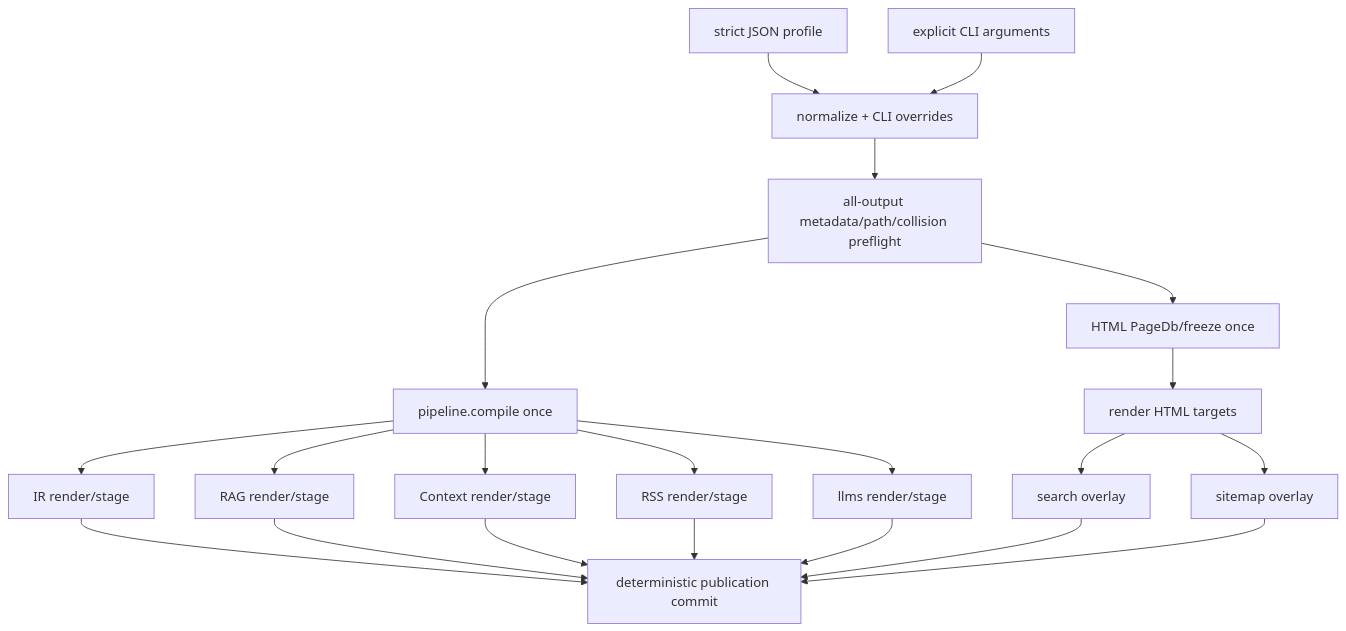
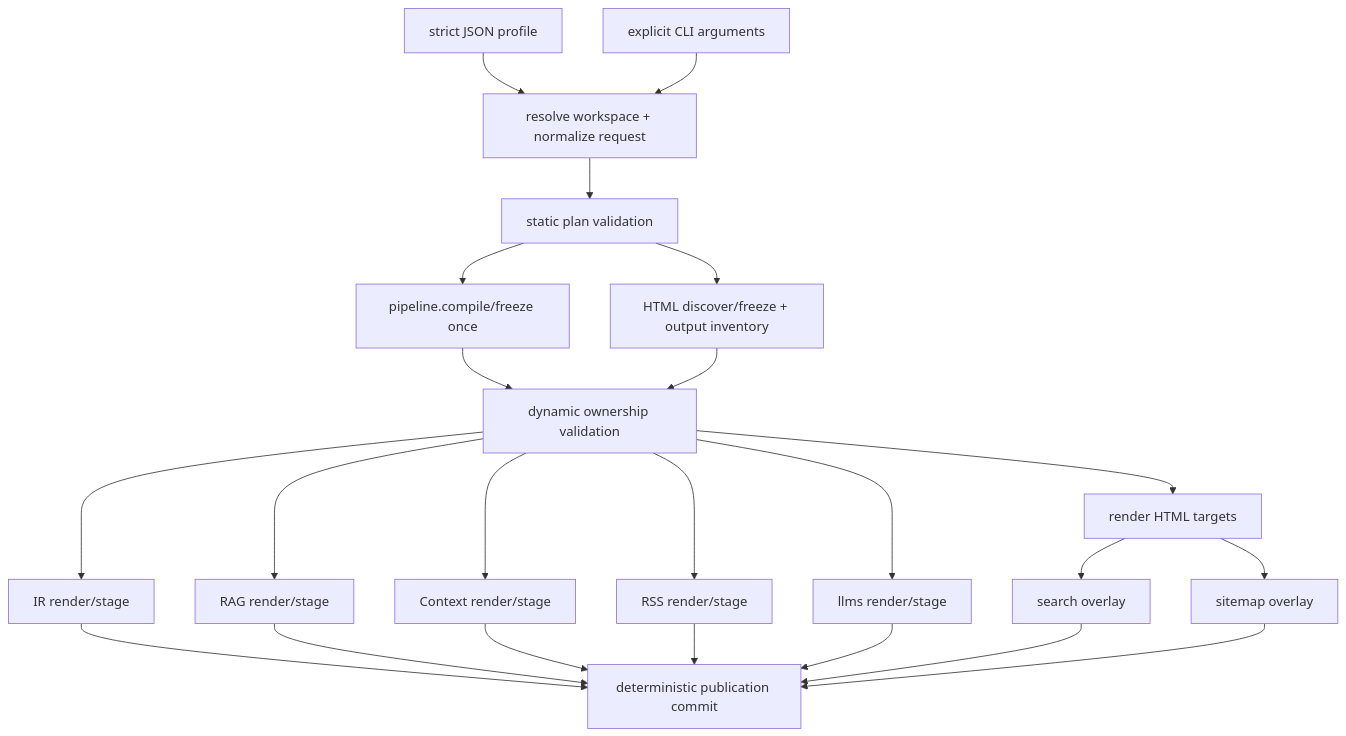
The diagram in docs/design/publication-profile.md (drawmeanelephant/boris), drawn with Mermaid before and after one commit. The commit also changed other lines of this file, not shown here.

Commit message:
docs: clarify publication profile boundaries

````diff
--- a/docs/design/publication-profile.md
+++ b/docs/design/publication-profile.md
@@ -452,23 +638,25 @@
 ```mermaid
 flowchart TD
-    PROFILE["strict JSON profile"] --> PLAN["normalize + CLI overrides"]
-    CLI["explicit CLI arguments"] --> PLAN
-    PLAN --> PREFLIGHT["all-output metadata/path/collision preflight"]
-    PREFLIGHT --> PIP["pipeline.compile once"]
-    PREFLIGHT --> HP["HTML PageDb/freeze once"]
-    PIP --> IR["IR render/stage"]
-    PIP --> RAG["RAG render/stage"]
-    PIP --> CTX["Context render/stage"]
-    PIP --> RSS["RSS render/stage"]
-    PIP --> LLMS["llms render/stage"]
-    HP --> HT["render HTML targets"]
+    PROFILE["strict JSON profile"] --> REQUEST["resolve workspace + normalize request"]
+    CLI["explicit CLI arguments"] --> REQUEST
+    REQUEST --> STATIC["static plan validation"]
+    STATIC --> PIP["pipeline.compile/freeze once"]
+    STATIC --> HP["HTML discover/freeze + output inventory"]
+    PIP --> DYNAMIC["dynamic ownership validation"]
+    HP --> DYNAMIC
+    DYNAMIC --> IR["IR render/stage"]
+    DYNAMIC --> RAG["RAG render/stage"]
+    DYNAMIC --> CTX["Context render/stage"]
+    DYNAMIC --> RSS["RSS render/stage"]
+    DYNAMIC --> LLMS["llms render/stage"]
+    DYNAMIC --> HT["render HTML targets"]
     HT --> SEARCH["search overlay"]
     HT --> MAP["sitemap overlay"]
     IR --> COMMIT["deterministic publication commit"]
     RAG --> COMMIT
     CTX --> COMMIT
     RSS --> COMMIT
     LLMS --> COMMIT
     SEARCH --> COMMIT
     MAP --> COMMIT
 ```
````
